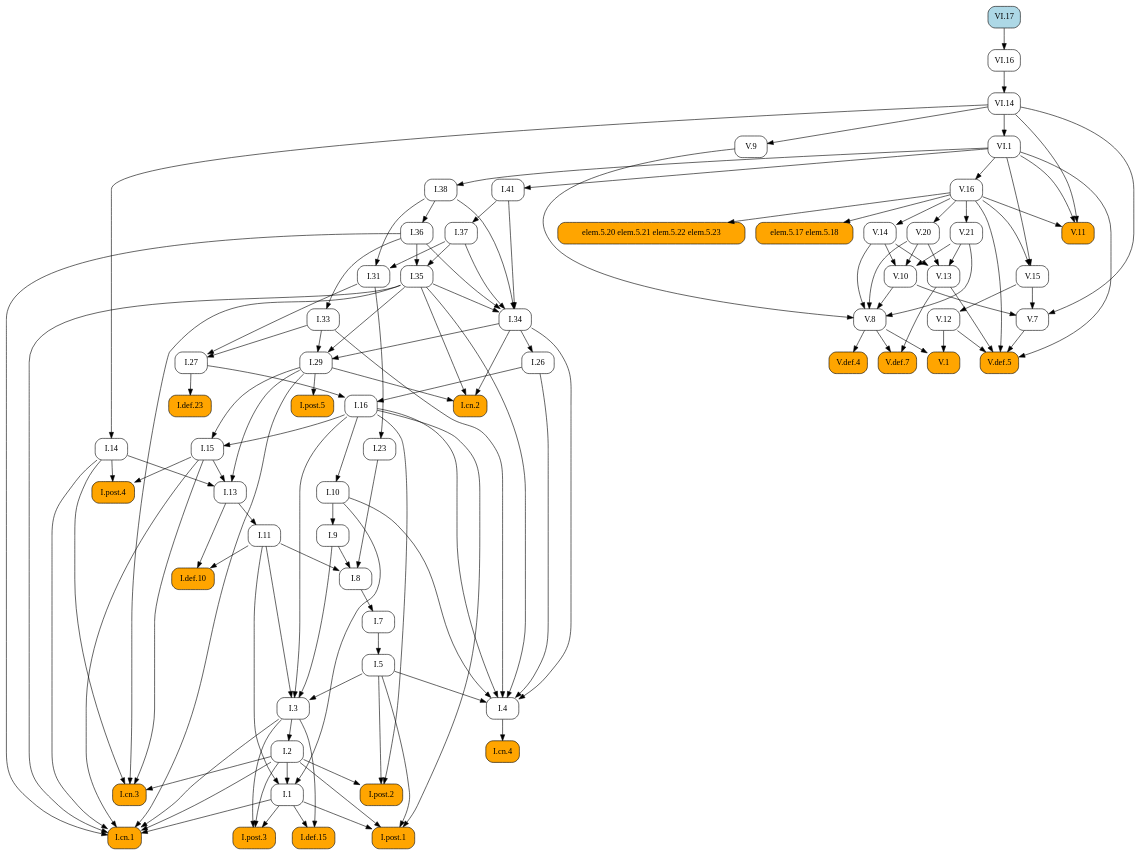
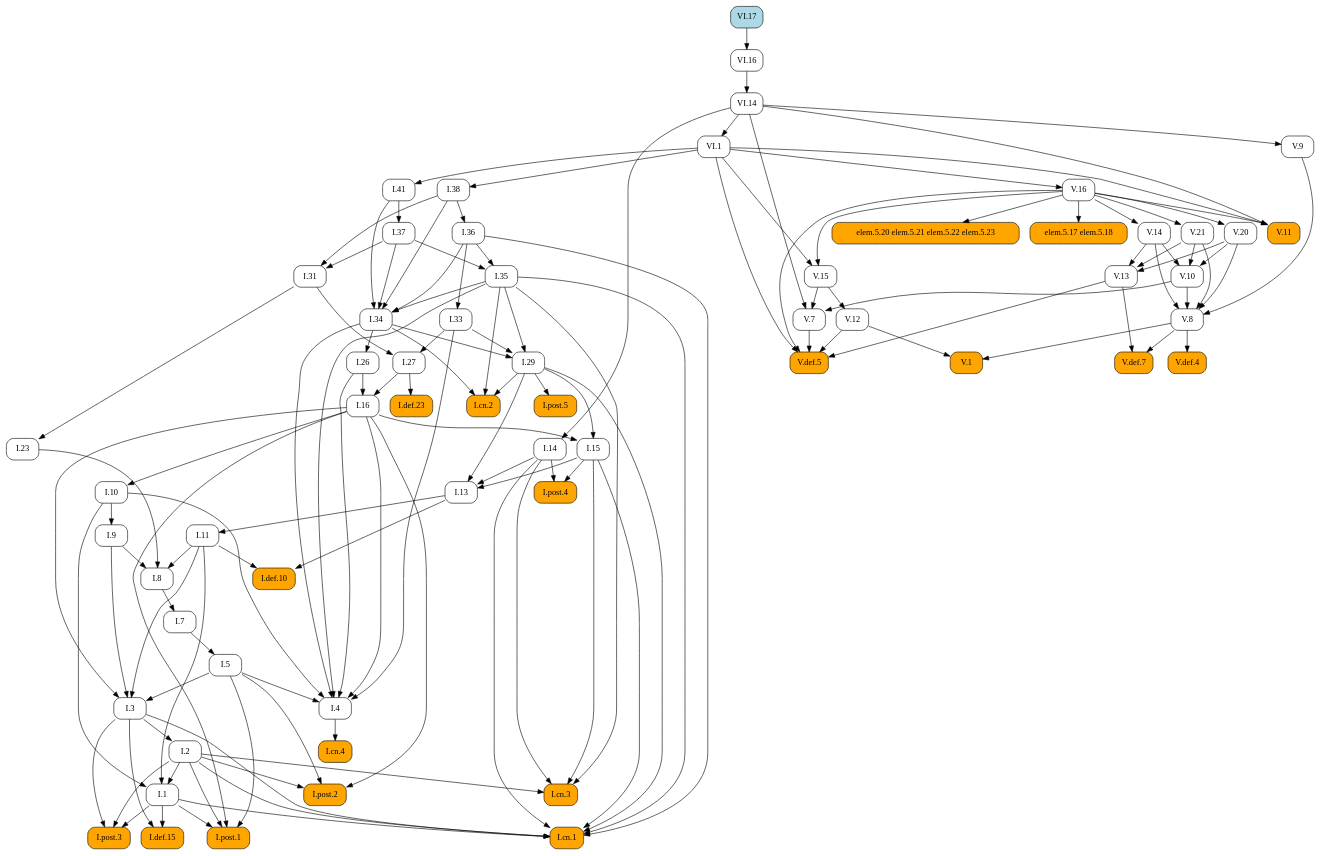
The diagram in docsrc/heath/VI/17/index.rst (geometor/elements), drawn with Graphviz before and after one commit. The commit also changed other lines of this file and 484 other files, not shown here.

```diff
--- a/docsrc/heath/VI/17/index.rst
+++ b/docsrc/heath/VI/17/index.rst
@@ -55,106 +55,123 @@
    digraph {
      rankdir="TB";
      node [shape=box, style=rounded];
-     "I.def.10" [style="rounded,filled", fillcolor=orange, URL="/heath/I/def.10/", target="_top"];
-     "I.11" [URL="/heath/I/11/", target="_top"];
-     "I.post.4" [style="rounded,filled", fillcolor=orange, URL="/heath/I/post.4/", target="_top"];
-     "I.1" [URL="/heath/I/1/", target="_top"];
-     "I.26" [URL="/heath/I/26/", target="_top"];
+     "V.16" [URL="/heath/V/16/", target="_top"];
+     "I.23" [URL="/heath/I/23/", target="_top"];
+     "I.9" [URL="/heath/I/9/", target="_top"];
+     "I.33" [URL="/heath/I/33/", target="_top"];
+     "I.def.15" [style="rounded,filled", fillcolor=orange, URL="/heath/I/def.15/", target="_top"];
+     "V.13" [URL="/heath/V/13/", target="_top"];
+     "V.7" [URL="/heath/V/7/", target="_top"];
+     "elem.5.17 elem.5.18" [style="rounded,filled", fillcolor=orange];
+     "I.post.3" [style="rounded,filled", fillcolor=orange, URL="/heath/I/post.3/", target="_top"];
+     "I.post.1" [style="rounded,filled", fillcolor=orange, URL="/heath/I/post.1/", target="_top"];
      "V.14" [URL="/heath/V/14/", target="_top"];
      "V.def.5" [style="rounded,filled", fillcolor=orange, URL="/heath/V/def.5/", target="_top"];
+     "V.9" [URL="/heath/V/9/", target="_top"];
+     "I.31" [URL="/heath/I/31/", target="_top"];
+     "I.def.10" [style="rounded,filled", fillcolor=orange, URL="/heath/I/def.10/", target="_top"];
+     "V.10" [URL="/heath/V/10/", target="_top"];
+     "VI.1" [URL="/heath/VI/1/", target="_top"];
+     "V.20" [URL="/heath/V/20/", target="_top"];
+     "VI.14" [URL="/heath/VI/14/", target="_top"];
+     "I.27" [URL="/heath/I/27/", target="_top"];
+     "I.14" [URL="/heath/I/14/", target="_top"];
+     "V.11" [style="rounded,filled", fillcolor=orange, URL="/heath/V/11/", target="_top"];
+     "elem.5.20 elem.5.21 elem.5.22 elem.5.23" [style="rounded,filled", fillcolor=orange];
+     "I.34" [URL="/heath/I/34/", target="_top"];
+     "V.12" [URL="/heath/V/12/", target="_top"];
+     "I.3" [URL="/heath/I/3/", target="_top"];
+     "V.def.4" [style="rounded,filled", fillcolor=orange, URL="/heath/V/def.4/", target="_top"];
+     "I.35" [URL="/heath/I/35/", target="_top"];
+     "I.cn.1" [style="rounded,filled", fillcolor=orange, URL="/heath/I/cn.1/", target="_top"];
+     "V.def.7" [style="rounded,filled", fillcolor=orange, URL="/heath/V/def.7/", target="_top"];
+     "I.7" [URL="/heath/I/7/", target="_top"];
+     "V.21" [URL="/heath/V/21/", target="_top"];
+     "I.2" [URL="/heath/I/2/", target="_top"];
+     "I.36" [URL="/heath/I/36/", target="_top"];
+     "I.13" [URL="/heath/I/13/", target="_top"];
+     "I.post.4" [style="rounded,filled", fillcolor=orange, URL="/heath/I/post.4/", target="_top"];
+     "I.4" [URL="/heath/I/4/", target="_top"];
+     "I.1" [URL="/heath/I/1/", target="_top"];
+     "I.5" [URL="/heath/I/5/", target="_top"];
+     "I.37" [URL="/heath/I/37/", target="_top"];
+     "I.8" [URL="/heath/I/8/", target="_top"];
+     "I.cn.3" [style="rounded,filled", fillcolor=orange, URL="/heath/I/cn.3/", target="_top"];
      "I.29" [URL="/heath/I/29/", target="_top"];
-     "V.12" [URL="/heath/V/12/", target="_top"];
+     "I.16" [URL="/heath/I/16/", target="_top"];
+     "I.38" [URL="/heath/I/38/", target="_top"];
+     "V.8" [URL="/heath/V/8/", target="_top"];
+     "I.15" [URL="/heath/I/15/", target="_top"];
+     "V.1" [style="rounded,filled", fillcolor=orange, URL="/heath/V/1/", target="_top"];
+     "I.11" [URL="/heath/I/11/", target="_top"];
+     "I.def.23" [style="rounded,filled", fillcolor=orange, URL="/heath/I/def.23/", target="_top"];
+     "I.10" [URL="/heath/I/10/", target="_top"];
      "I.cn.2" [style="rounded,filled", fillcolor=orange, URL="/heath/I/cn.2/", target="_top"];
-     "V.20" [URL="/heath/V/20/", target="_top"];
-     "V.10" [URL="/heath/V/10/", target="_top"];
-     "V.11" [style="rounded,filled", fillcolor=orange, URL="/heath/V/11/", target="_top"];
-     "V.13" [URL="/heath/V/13/", target="_top"];
-     "I.def.15" [style="rounded,filled", fillcolor=orange, URL="/heath/I/def.15/", target="_top"];
+     "I.post.5" [style="rounded,filled", fillcolor=orange, URL="/heath/I/post.5/", target="_top"];
+     "I.cn.4" [style="rounded,filled", fillcolor=orange, URL="/heath/I/cn.4/", target="_top"];
+     "VI.17" [style="rounded,filled", fillcolor=lightblue, URL="/heath/VI/17/", target="_top"];
+     "I.41" [URL="/heath/I/41/", target="_top"];
      "V.15" [URL="/heath/V/15/", target="_top"];
-     "VI.1" [URL="/heath/VI/1/", target="_top"];
-     "I.post.3" [style="rounded,filled", fillcolor=orange, URL="/heath/I/post.3/", target="_top"];
-     "I.cn.1" [style="rounded,filled", fillcolor=orange, URL="/heath/I/cn.1/", target="_top"];
-     "I.cn.3" [style="rounded,filled", fillcolor=orange, URL="/heath/I/cn.3/", target="_top"];
-     "V.7" [URL="/heath/V/7/", target="_top"];
-     "VI.17" [style="rounded,filled", fillcolor=lightblue, URL="/heath/VI/17/", target="_top"];
-     "I.14" [URL="/heath/I/14/", target="_top"];
-     "V.9" [URL="/heath/V/9/", target="_top"];
-     "V.16" [URL="/heath/V/16/", target="_top"];
-     "I.23" [URL="/heath/I/23/", target="_top"];
-     "I.post.1" [style="rounded,filled", fillcolor=orange, URL="/heath/I/post.1/", target="_top"];
-     "I.35" [URL="/heath/I/35/", target="_top"];
-     "V.8" [URL="/heath/V/8/", target="_top"];
-     "I.41" [URL="/heath/I/41/", target="_top"];
-     "I.36" [URL="/heath/I/36/", target="_top"];
-     "I.27" [URL="/heath/I/27/", target="_top"];
-     "I.37" [URL="/heath/I/37/", target="_top"];
-     "I.34" [URL="/heath/I/34/", target="_top"];
-     "I.3" [URL="/heath/I/3/", target="_top"];
-     "I.7" [URL="/heath/I/7/", target="_top"];
-     "I.2" [URL="/heath/I/2/", target="_top"];
-     "I.4" [URL="/heath/I/4/", target="_top"];
-     "I.def.23" [style="rounded,filled", fillcolor=orange, URL="/heath/I/def.23/", target="_top"];
-     "I.13" [URL="/heath/I/13/", target="_top"];
-     "I.33" [URL="/heath/I/33/", target="_top"];
-     "I.31" [URL="/heath/I/31/", target="_top"];
      "I.post.2" [style="rounded,filled", fillcolor=orange, URL="/heath/I/post.2/", target="_top"];
-     "V.1" [style="rounded,filled", fillcolor=orange, URL="/heath/V/1/", target="_top"];
-     "I.16" [URL="/heath/I/16/", target="_top"];
-     "elem.5.20 elem.5.21 elem.5.22 elem.5.23" [style="rounded,filled", fillcolor=orange];
-     "elem.5.17 elem.5.18" [style="rounded,filled", fillcolor=orange];
-     "I.9" [URL="/heath/I/9/", target="_top"];
-     "I.8" [URL="/heath/I/8/", target="_top"];
-     "V.def.4" [style="rounded,filled", fillcolor=orange, URL="/heath/V/def.4/", target="_top"];
+     "I.26" [URL="/heath/I/26/", target="_top"];
      "VI.16" [URL="/heath/VI/16/", target="_top"];
-     "VI.14" [URL="/heath/VI/14/", target="_top"];
-     "I.cn.4" [style="rounded,filled", fillcolor=orange, URL="/heath/I/cn.4/", target="_top"];
-     "I.15" [URL="/heath/I/15/", target="_top"];
-     "I.post.5" [style="rounded,filled", fillcolor=orange, URL="/heath/I/post.5/", target="_top"];
-     "I.38" [URL="/heath/I/38/", target="_top"];
-     "V.def.7" [style="rounded,filled", fillcolor=orange, URL="/heath/V/def.7/", target="_top"];
-     "I.10" [URL="/heath/I/10/", target="_top"];
-     "I.5" [URL="/heath/I/5/", target="_top"];
-     "V.21" [URL="/heath/V/21/", target="_top"];
-     "I.11" -> "I.def.10";
-     "I.13" -> "I.def.10";
-     "I.13" -> "I.11";
-     "I.14" -> "I.post.4";
-     "I.15" -> "I.post.4";
-     "I.2" -> "I.1";
-     "I.10" -> "I.1";
-     "I.11" -> "I.1";
-     "I.34" -> "I.26";
+     "VI.1" -> "V.16";
+     "I.31" -> "I.23";
+     "I.10" -> "I.9";
+     "I.36" -> "I.33";
+     "I.1" -> "I.def.15";
+     "I.3" -> "I.def.15";
+     "V.14" -> "V.13";
+     "V.20" -> "V.13";
+     "V.21" -> "V.13";
+     "V.10" -> "V.7";
+     "V.15" -> "V.7";
+     "VI.14" -> "V.7";
+     "V.16" -> "elem.5.17 elem.5.18";
+     "I.1" -> "I.post.3";
+     "I.2" -> "I.post.3";
+     "I.3" -> "I.post.3";
+     "I.1" -> "I.post.1";
+     "I.2" -> "I.post.1";
+     "I.5" -> "I.post.1";
+     "I.16" -> "I.post.1";
      "V.16" -> "V.14";
      "V.7" -> "V.def.5";
      "V.12" -> "V.def.5";
      "V.13" -> "V.def.5";
      "V.16" -> "V.def.5";
      "VI.1" -> "V.def.5";
-     "I.33" -> "I.29";
-     "I.34" -> "I.29";
-     "I.35" -> "I.29";
-     "V.15" -> "V.12";
-     "I.29" -> "I.cn.2";
-     "I.34" -> "I.cn.2";
-     "I.35" -> "I.cn.2";
-     "V.16" -> "V.20";
+     "VI.14" -> "V.9";
+     "I.37" -> "I.31";
+     "I.38" -> "I.31";
+     "I.11" -> "I.def.10";
+     "I.13" -> "I.def.10";
      "V.14" -> "V.10";
      "V.20" -> "V.10";
      "V.21" -> "V.10";
+     "VI.14" -> "VI.1";
+     "V.16" -> "V.20";
+     "VI.16" -> "VI.14";
+     "I.31" -> "I.27";
+     "I.33" -> "I.27";
+     "VI.14" -> "I.14";
      "V.16" -> "V.11";
      "VI.1" -> "V.11";
      "VI.14" -> "V.11";
-     "V.14" -> "V.13";
-     "V.20" -> "V.13";
-     "V.21" -> "V.13";
-     "I.1" -> "I.def.15";
-     "I.3" -> "I.def.15";
-     "V.16" -> "V.15";
-     "VI.1" -> "V.15";
-     "VI.14" -> "VI.1";
-     "I.1" -> "I.post.3";
-     "I.2" -> "I.post.3";
-     "I.3" -> "I.post.3";
+     "V.16" -> "elem.5.20 elem.5.21 elem.5.22 elem.5.23";
+     "I.35" -> "I.34";
+     "I.36" -> "I.34";
+     "I.37" -> "I.34";
+     "I.38" -> "I.34";
+     "I.41" -> "I.34";
+     "V.15" -> "V.12";
+     "I.5" -> "I.3";
+     "I.9" -> "I.3";
+     "I.11" -> "I.3";
+     "I.16" -> "I.3";
+     "V.8" -> "V.def.4";
+     "I.36" -> "I.35";
+     "I.37" -> "I.35";
      "I.1" -> "I.cn.1";
      "I.2" -> "I.cn.1";
      "I.3" -> "I.cn.1";
@@ -163,44 +180,17 @@
      "I.29" -> "I.cn.1";
      "I.35" -> "I.cn.1";
      "I.36" -> "I.cn.1";
-     "I.2" -> "I.cn.3";
-     "I.14" -> "I.cn.3";
-     "I.15" -> "I.cn.3";
-     "I.35" -> "I.cn.3";
-     "V.10" -> "V.7";
-     "V.15" -> "V.7";
-     "VI.14" -> "V.7";
-     "VI.14" -> "I.14";
-     "VI.14" -> "V.9";
-     "VI.1" -> "V.16";
-     "I.31" -> "I.23";
-     "I.1" -> "I.post.1";
-     "I.2" -> "I.post.1";
-     "I.5" -> "I.post.1";
-     "I.16" -> "I.post.1";
-     "I.36" -> "I.35";
-     "I.37" -> "I.35";
-     "V.9" -> "V.8";
-     "V.10" -> "V.8";
-     "V.14" -> "V.8";
-     "V.20" -> "V.8";
-     "V.21" -> "V.8";
-     "VI.1" -> "I.41";
+     "V.8" -> "V.def.7";
+     "V.13" -> "V.def.7";
+     "I.8" -> "I.7";
+     "V.16" -> "V.21";
+     "I.3" -> "I.2";
      "I.38" -> "I.36";
-     "I.31" -> "I.27";
-     "I.33" -> "I.27";
-     "I.41" -> "I.37";
-     "I.35" -> "I.34";
-     "I.36" -> "I.34";
-     "I.37" -> "I.34";
-     "I.38" -> "I.34";
-     "I.41" -> "I.34";
-     "I.5" -> "I.3";
-     "I.9" -> "I.3";
-     "I.11" -> "I.3";
-     "I.16" -> "I.3";
-     "I.8" -> "I.7";
-     "I.3" -> "I.2";
+     "I.14" -> "I.13";
+     "I.15" -> "I.13";
+     "I.29" -> "I.13";
+     "I.14" -> "I.post.4";
+     "I.15" -> "I.post.4";
      "I.5" -> "I.4";
      "I.10" -> "I.4";
      "I.16" -> "I.4";
@@ -208,37 +198,47 @@
      "I.33" -> "I.4";
      "I.34" -> "I.4";
      "I.35" -> "I.4";
+     "I.2" -> "I.1";
+     "I.10" -> "I.1";
+     "I.11" -> "I.1";
+     "I.7" -> "I.5";
+     "I.41" -> "I.37";
+     "I.9" -> "I.8";
+     "I.11" -> "I.8";
+     "I.23" -> "I.8";
+     "I.2" -> "I.cn.3";
+     "I.14" -> "I.cn.3";
+     "I.15" -> "I.cn.3";
+     "I.35" -> "I.cn.3";
+     "I.33" -> "I.29";
+     "I.34" -> "I.29";
+     "I.35" -> "I.29";
+     "I.26" -> "I.16";
+     "I.27" -> "I.16";
+     "VI.1" -> "I.38";
+     "V.9" -> "V.8";
+     "V.10" -> "V.8";
+     "V.14" -> "V.8";
+     "V.20" -> "V.8";
+     "V.21" -> "V.8";
+     "I.16" -> "I.15";
+     "I.29" -> "I.15";
+     "V.8" -> "V.1";
+     "V.12" -> "V.1";
+     "I.13" -> "I.11";
      "I.27" -> "I.def.23";
-     "I.14" -> "I.13";
-     "I.15" -> "I.13";
-     "I.29" -> "I.13";
-     "I.36" -> "I.33";
-     "I.37" -> "I.31";
-     "I.38" -> "I.31";
+     "I.16" -> "I.10";
+     "I.29" -> "I.cn.2";
+     "I.34" -> "I.cn.2";
+     "I.35" -> "I.cn.2";
+     "I.29" -> "I.post.5";
+     "I.4" -> "I.cn.4";
+     "VI.1" -> "I.41";
+     "V.16" -> "V.15";
+     "VI.1" -> "V.15";
      "I.2" -> "I.post.2";
      "I.5" -> "I.post.2";
      "I.16" -> "I.post.2";
-     "V.8" -> "V.1";
-     "V.12" -> "V.1";
-     "I.26" -> "I.16";
-     "I.27" -> "I.16";
-     "V.16" -> "elem.5.20 elem.5.21 elem.5.22 elem.5.23";
-     "V.16" -> "elem.5.17 elem.5.18";
-     "I.10" -> "I.9";
-     "I.9" -> "I.8";
-     "I.11" -> "I.8";
-     "I.23" -> "I.8";
-     "V.8" -> "V.def.4";
+     "I.34" -> "I.26";
      "VI.17" -> "VI.16";
-     "VI.16" -> "VI.14";
-     "I.4" -> "I.cn.4";
-     "I.16" -> "I.15";
-     "I.29" -> "I.15";
-     "I.29" -> "I.post.5";
-     "VI.1" -> "I.38";
-     "V.8" -> "V.def.7";
-     "V.13" -> "V.def.7";
-     "I.16" -> "I.10";
-     "I.7" -> "I.5";
-     "V.16" -> "V.21";
    }
```
